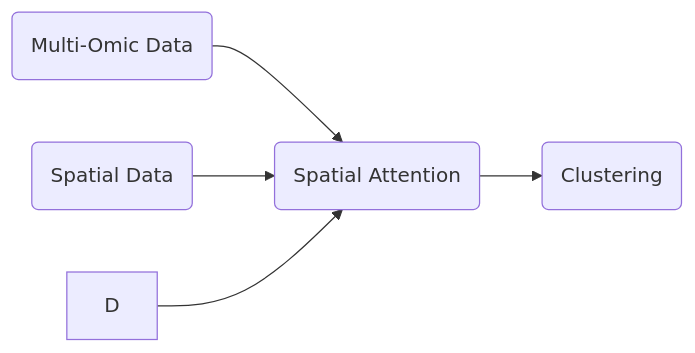
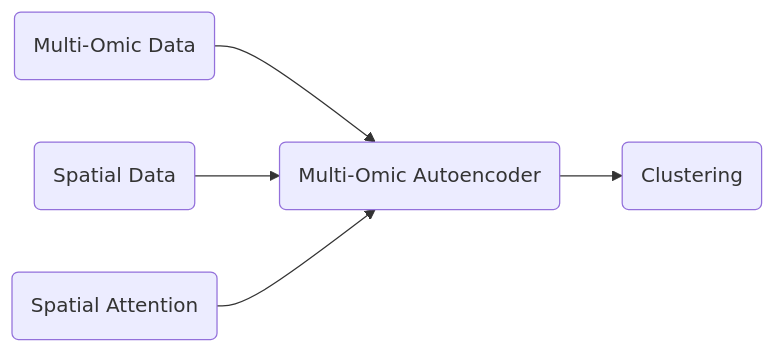
Before and after one commit to karanwxliaa/MultiOmics-Research: the first of 10 diagrams in flowchart_maybe.md, drawn with Mermaid.

````diff
--- a/flowchart_maybe.md
+++ b/flowchart_maybe.md
@@ -3,7 +3,7 @@
 ```mermaid
 graph LR
 A(Multi-Omic Data) --> C(Multi-Omic Autoencoder)
 B(Spatial Data) --> C
 C --> E(Clustering)
-D --> C(Spatial Attention)
+D(Spatial Attention) --> C
 ```
````
